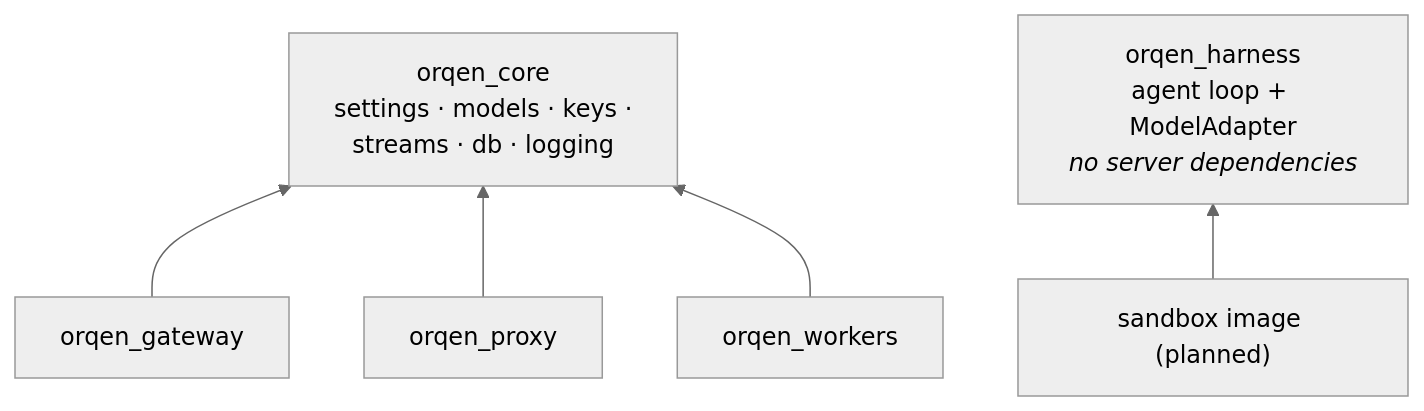
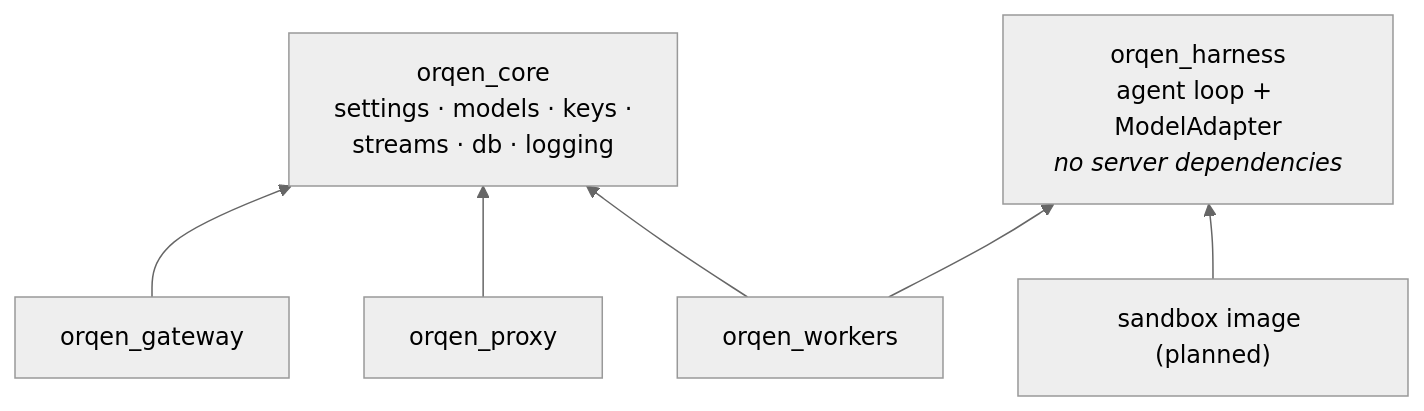
One commit to priyanshu14077/orqen changed the ninth of 11 diagrams in README.md. Above: the diagram before and after it, drawn with Mermaid (neutral theme). The commit also changed other lines of this file, not shown here.

````diff
--- a/README.md
+++ b/README.md
@@ -447,9 +454,10 @@
 ```mermaid
 flowchart BT
     core["orqen_core<br/>settings · models · keys ·<br/>streams · db · logging"]
     harness["orqen_harness<br/>agent loop + ModelAdapter<br/><i>no server dependencies</i>"]
     gateway["orqen_gateway"] --> core
     proxy["orqen_proxy"] --> core
     workers["orqen_workers"] --> core
+    workers --> harness
     sandbox["sandbox image (planned)"] --> harness
 ```
````
